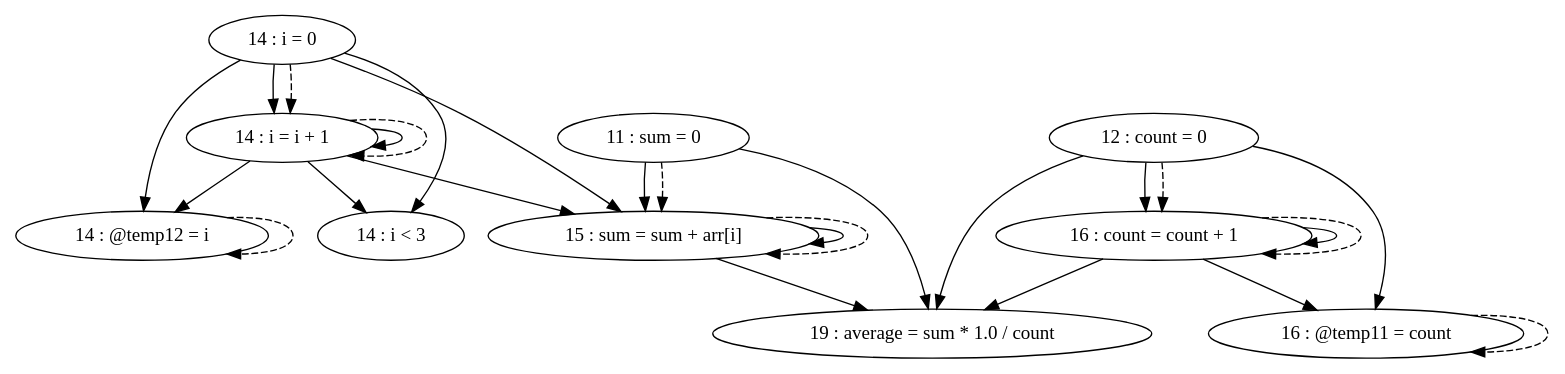
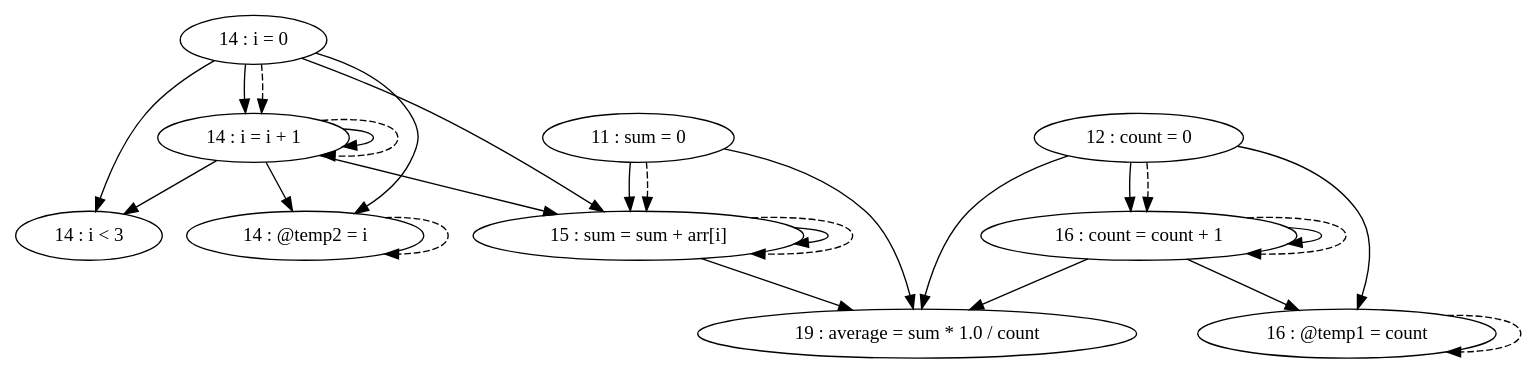
Before and after one commit to thomassimko/thesis-code-duplication: the diagram in pdg/source/testFiles/TestCases/TestCase4/TestCase4-test1.gv, drawn with Graphviz. The commit also changed 3297 other files, not shown here.

```diff
--- a/pdg/source/testFiles/TestCases/TestCase4/TestCase4-test1.gv
+++ b/pdg/source/testFiles/TestCases/TestCase4/TestCase4-test1.gv
@@ -1,38 +1,38 @@
 digraph G {
 "11 : sum = 0"
 "11 : sum = 0" -> "15 : sum = sum + arr[i]"
 "11 : sum = 0" -> "19 : average = sum * 1.0 / count"
 "11 : sum = 0" -> "15 : sum = sum + arr[i]" [style=dashed]
 "12 : count = 0"
-"12 : count = 0" -> "16 : @temp11 = count"
 "12 : count = 0" -> "19 : average = sum * 1.0 / count"
+"12 : count = 0" -> "16 : @temp1 = count"
 "12 : count = 0" -> "16 : count = count + 1"
 "12 : count = 0" -> "16 : count = count + 1" [style=dashed]
 "14 : i = 0"
+"14 : i = 0" -> "14 : @temp2 = i"
+"14 : i = 0" -> "15 : sum = sum + arr[i]"
+"14 : i = 0" -> "14 : i = i + 1"
 "14 : i = 0" -> "14 : i < 3"
-"14 : i = 0" -> "15 : sum = sum + arr[i]"
-"14 : i = 0" -> "14 : @temp12 = i"
-"14 : i = 0" -> "14 : i = i + 1"
 "14 : i = 0" -> "14 : i = i + 1" [style=dashed]
 "14 : i < 3"
 "15 : sum = sum + arr[i]"
 "15 : sum = sum + arr[i]" -> "15 : sum = sum + arr[i]"
 "15 : sum = sum + arr[i]" -> "19 : average = sum * 1.0 / count"
 "15 : sum = sum + arr[i]" -> "15 : sum = sum + arr[i]" [style=dashed]
-"16 : @temp11 = count"
-"16 : @temp11 = count" -> "16 : @temp11 = count" [style=dashed]
+"16 : @temp1 = count"
+"16 : @temp1 = count" -> "16 : @temp1 = count" [style=dashed]
 "16 : count = count + 1"
-"16 : count = count + 1" -> "16 : @temp11 = count"
 "16 : count = count + 1" -> "19 : average = sum * 1.0 / count"
+"16 : count = count + 1" -> "16 : @temp1 = count"
 "16 : count = count + 1" -> "16 : count = count + 1"
 "16 : count = count + 1" -> "16 : count = count + 1" [style=dashed]
-"14 : @temp12 = i"
-"14 : @temp12 = i" -> "14 : @temp12 = i" [style=dashed]
+"14 : @temp2 = i"
+"14 : @temp2 = i" -> "14 : @temp2 = i" [style=dashed]
 "14 : i = i + 1"
+"14 : i = i + 1" -> "14 : @temp2 = i"
+"14 : i = i + 1" -> "15 : sum = sum + arr[i]"
+"14 : i = i + 1" -> "14 : i = i + 1"
 "14 : i = i + 1" -> "14 : i < 3"
-"14 : i = i + 1" -> "15 : sum = sum + arr[i]"
-"14 : i = i + 1" -> "14 : @temp12 = i"
-"14 : i = i + 1" -> "14 : i = i + 1"
 "14 : i = i + 1" -> "14 : i = i + 1" [style=dashed]
 "19 : average = sum * 1.0 / count"
 }
```
